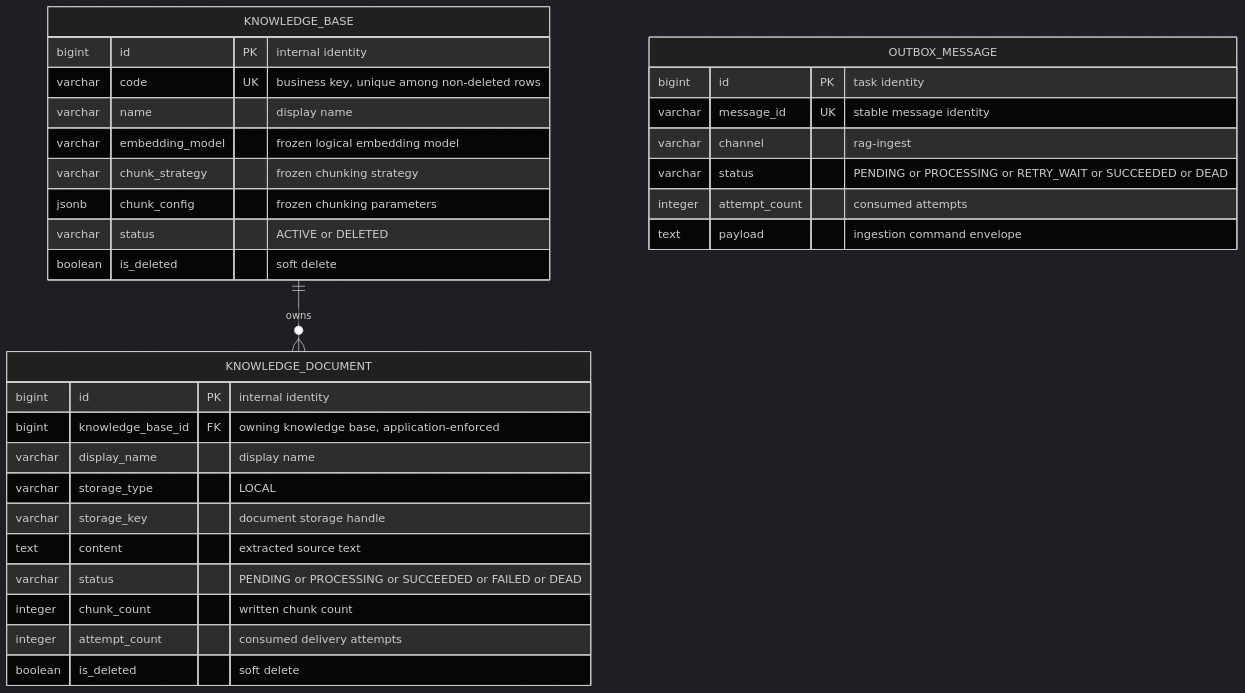
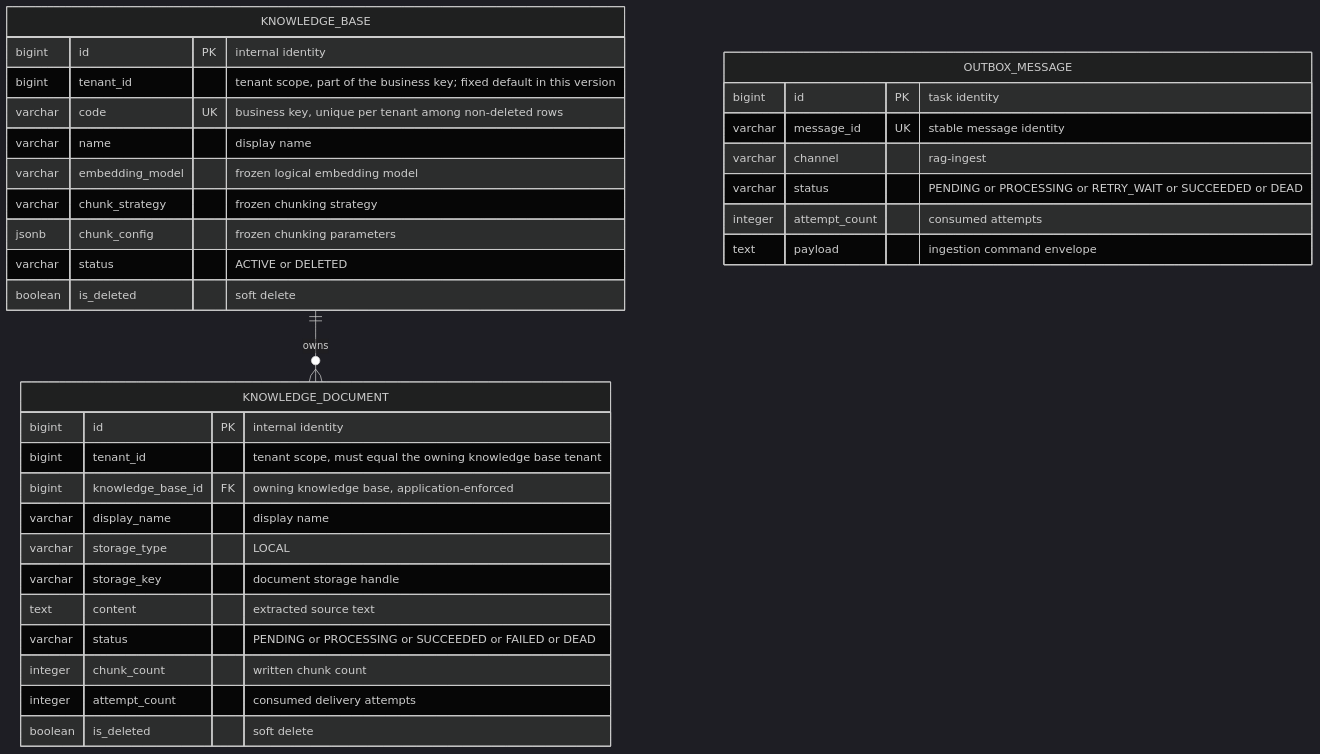
Before and after one commit to AllenDEricDAlexander/Egon-COLA: the fifth of 5 diagrams in docs/egon/spec/2026-09-10-11-51-agent-archetype-knowledge-rag.md, drawn with Mermaid (dark theme). The commit also changed other lines of this file, not shown here.

First line of the commit message:
docs(spec): reserve tenant scope in the knowledge base design

````diff
--- a/docs/egon/spec/2026-09-10-11-51-agent-archetype-knowledge-rag.md
+++ b/docs/egon/spec/2026-09-10-11-51-agent-archetype-knowledge-rag.md
@@ -2877,37 +2904,39 @@
 ```mermaid
 erDiagram
     KNOWLEDGE_BASE ||--o{ KNOWLEDGE_DOCUMENT : owns
 
     KNOWLEDGE_BASE {
         bigint id PK "internal identity"
-        varchar code UK "business key, unique among non-deleted rows"
+        bigint tenant_id "tenant scope, part of the business key; fixed default in this version"
+        varchar code UK "business key, unique per tenant among non-deleted rows"
         varchar name "display name"
         varchar embedding_model "frozen logical embedding model"
         varchar chunk_strategy "frozen chunking strategy"
         jsonb chunk_config "frozen chunking parameters"
         varchar status "ACTIVE or DELETED"
         boolean is_deleted "soft delete"
     }
 
     KNOWLEDGE_DOCUMENT {
         bigint id PK "internal identity"
+        bigint tenant_id "tenant scope, must equal the owning knowledge base tenant"
         bigint knowledge_base_id FK "owning knowledge base, application-enforced"
         varchar display_name "display name"
         varchar storage_type "LOCAL"
         varchar storage_key "document storage handle"
         text content "extracted source text"
         varchar status "PENDING or PROCESSING or SUCCEEDED or FAILED or DEAD"
         integer chunk_count "written chunk count"
         integer attempt_count "consumed delivery attempts"
         boolean is_deleted "soft delete"
     }
 
     OUTBOX_MESSAGE {
         bigint id PK "task identity"
         varchar message_id UK "stable message identity"
         varchar channel "rag-ingest"
         varchar status "PENDING or PROCESSING or RETRY_WAIT or SUCCEEDED or DEAD"
         integer attempt_count "consumed attempts"
         text payload "ingestion command envelope"
     }
 ```
````
